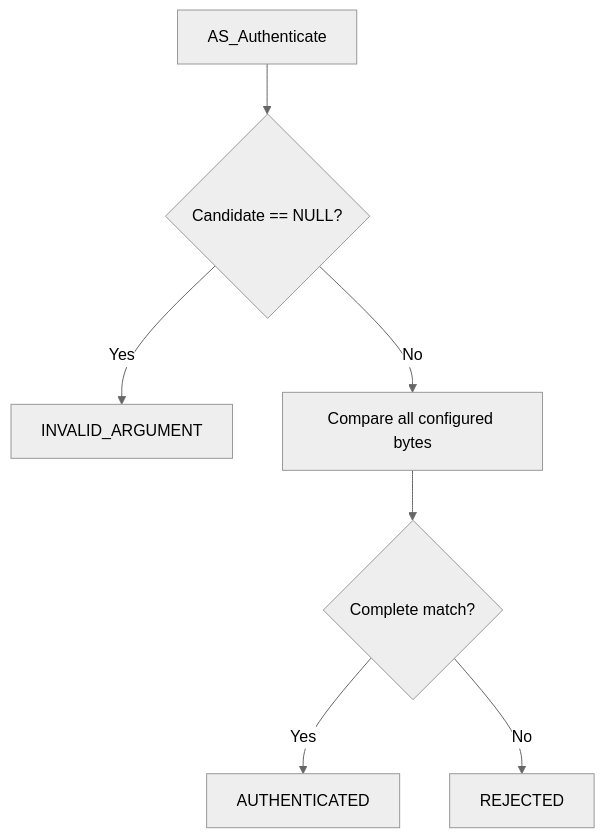
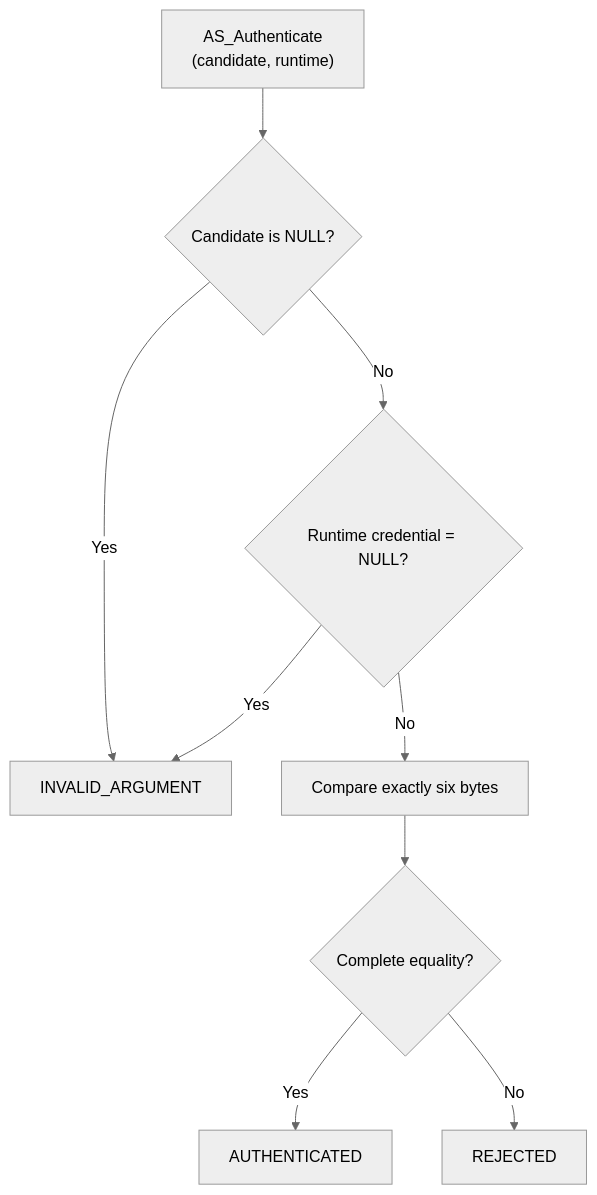
The second of 4 diagrams in Libs/Services/Authentication/README.md (JP-REY/STM32F103C8T6-Based-Electronic-Lock), drawn with Mermaid (neutral theme) before and after one commit. The commit also changed other lines of this file and 2 other files, not shown here.

First line of the commit message:
refactor(authentication): use caller-provided runtime credential

````diff
--- a/Libs/Services/Authentication/README.md
+++ b/Libs/Services/Authentication/README.md
@@ -381,9 +441,11 @@
 ```mermaid
 flowchart TD
-    CALL["AS_Authenticate"] --> NULL{"Candidate == NULL?"}
-    NULL -->|"Yes"| INVALID["INVALID_ARGUMENT"]
-    NULL -->|"No"| COMPARE["Compare all configured bytes"]
-    COMPARE --> MATCH{"Complete match?"}
+    CALL["AS_Authenticate<br/>(candidate, runtime)"] --> CNULL{"Candidate is NULL?"}
+    CNULL -->|"Yes"| INVALID["INVALID_ARGUMENT"]
+    CNULL -->|"No"| RNULL{"Runtime credential = NULL?"}
+    RNULL -->|"Yes"| INVALID
+    RNULL -->|"No"| COMPARE["Compare exactly six bytes"]
+    COMPARE --> MATCH{"Complete equality?"}
     MATCH -->|"Yes"| AUTH["AUTHENTICATED"]
     MATCH -->|"No"| REJECT["REJECTED"]
 ```
````
